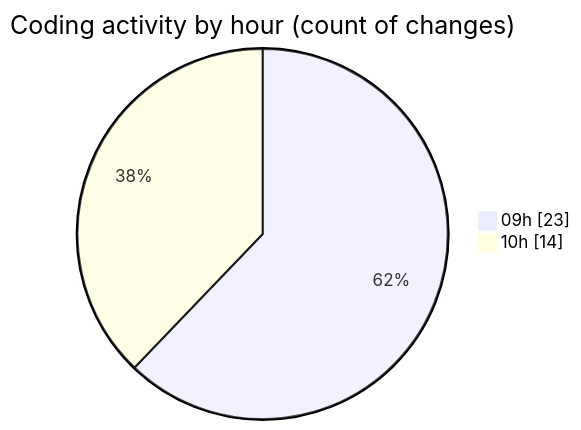
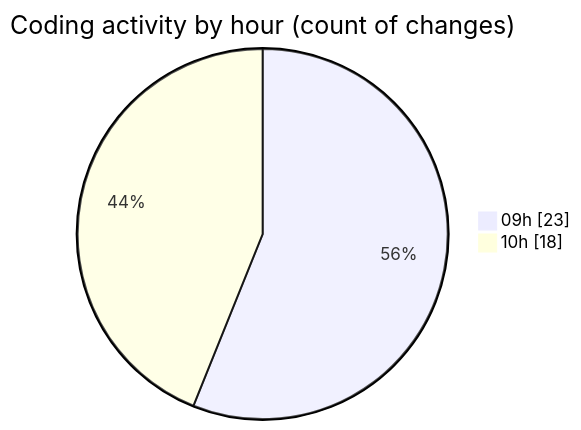
The second of 2 diagrams in 2025-10-23/cda/README.md (momahboobian/code-tracking), drawn with Mermaid before and after one commit. The commit also changed other lines of this file and 1 other file, not shown here.

````diff
--- a/2025-10-23/cda/README.md
+++ b/2025-10-23/cda/README.md
@@ -31,6 +31,6 @@
 ```mermaid
 pie showData
 title Coding activity by hour (count of changes)
 "09h" : 23
-"10h" : 14
+"10h" : 18
 ```
````
